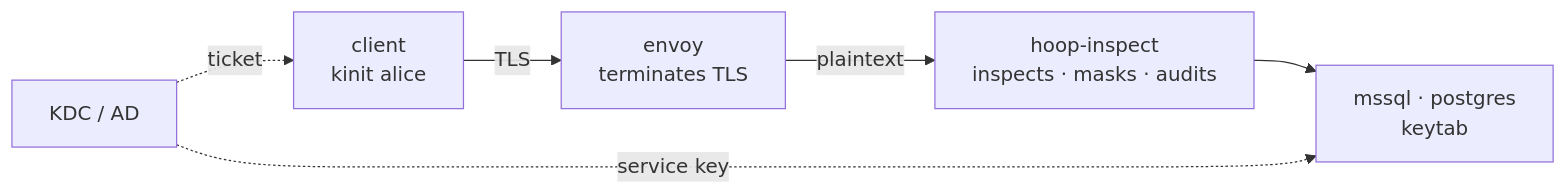
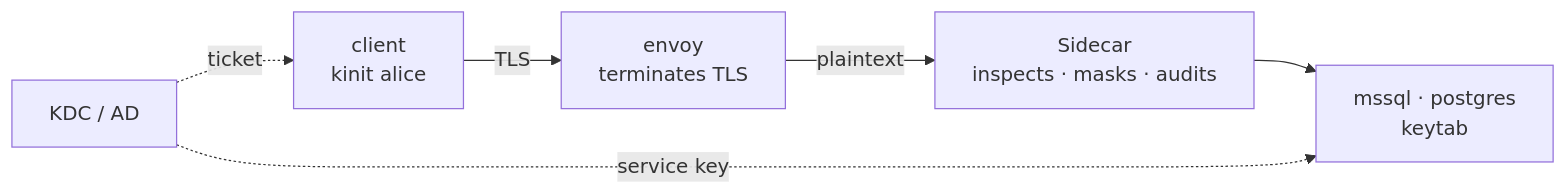
One commit to hoophq/documentation changed the diagram in setup/configuration/hoop-inspect/kerberos.mdx. Above: the diagram before and after it, drawn with Mermaid. The commit also changed other lines of this file and 18 other files, not shown here.

Commit message:
new sidecar architecture docs

````diff
--- a/setup/configuration/hoop-inspect/kerberos.mdx
+++ b/setup/configuration/hoop-inspect/kerberos.mdx
@@ -14,8 +14,8 @@
 ```mermaid
 flowchart LR
     C["client<br/>kinit alice"] -->|TLS| E["envoy<br/>terminates TLS"]
-    E -->|plaintext| R["hoop-inspect<br/>inspects · masks · audits"]
+    E -->|plaintext| R["Sidecar<br/>inspects · masks · audits"]
     R --> D["mssql · postgres<br/>keytab"]
     K["KDC / AD"] -.->|ticket| C
     K -.->|service key| D
 ```
````
